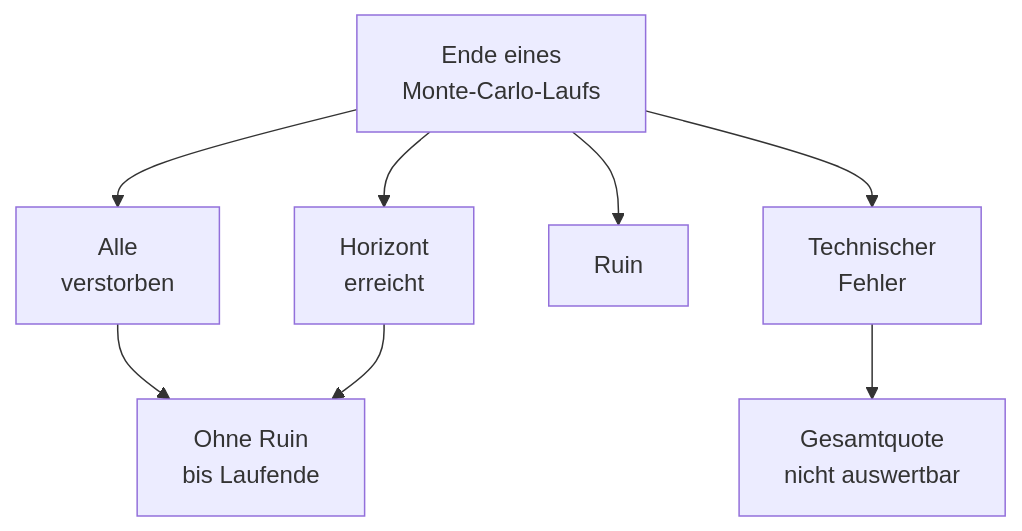
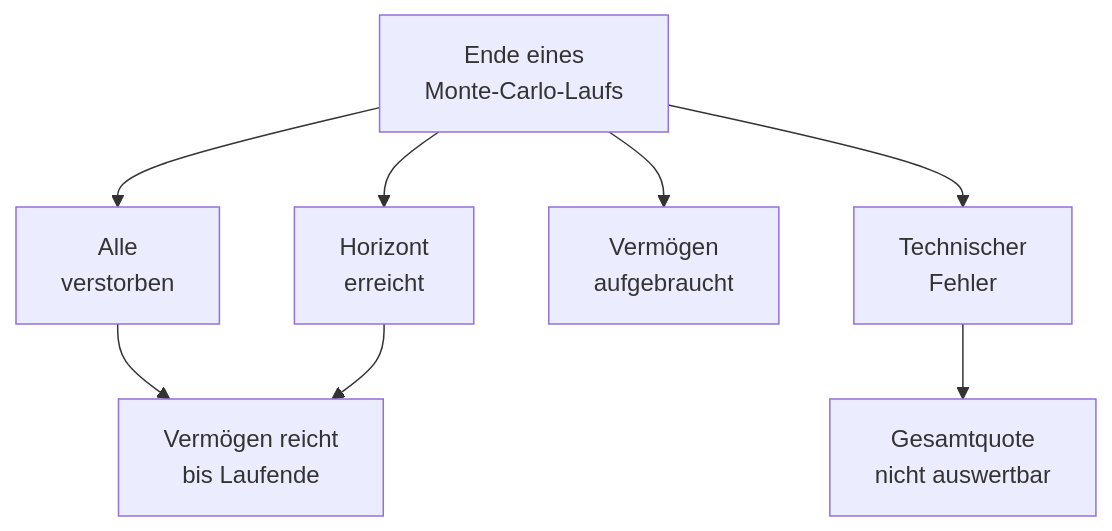
Before and after one commit to dieteresser62-lab/Vermoegen-und-Ruhestand: the diagram in docs/reference/SIMULATION_LESEN.md, drawn with Mermaid. The commit also changed other lines of this file and 1387 other files, not shown here.

````diff
--- a/docs/reference/SIMULATION_LESEN.md
+++ b/docs/reference/SIMULATION_LESEN.md
@@ -41,11 +43,11 @@
 ```mermaid
 flowchart TD
-    %% docs:diagram {"src":"images/simulation-laufende.svg","title":"Was das Laufende bedeutet","alt":"Ein Monte-Carlo-Lauf endet durch Tod aller Personen, Horizont, Ruin oder technischen Fehler. Tod und Horizont zählen ohne vorherigen Ruin als gedeckt bis Laufende. Ein technischer Fehler sperrt die Gesamtquote.","legend":"Tod und Horizont zählen nur ohne vorherigen Ruin als gedeckt."}
+    %% docs:diagram {"src":"images/simulation-laufende.svg","title":"Was das Laufende bedeutet","alt":"Ein Monte-Carlo-Lauf endet durch Tod aller Personen, Horizont, aufgebrauchtes Vermögen oder technischen Fehler. Tod und Horizont zählen als gedeckt bis Laufende, wenn das Vermögen vorher nicht aufgebraucht war. Ein technischer Fehler sperrt die Gesamtquote.","legend":"Tod und Horizont zählen nur als gedeckt, wenn das Vermögen vorher nicht aufgebraucht war."}
     A["Ende eines<br>Monte-Carlo-Laufs"] --> B["Alle<br>verstorben"]
     A --> C["Horizont<br>erreicht"]
-    A --> D["Ruin"]
+    A --> D["Vermögen<br>aufgebraucht"]
     A --> E["Technischer<br>Fehler"]
-    B --> F["Ohne Ruin<br>bis Laufende"]
+    B --> F["Vermögen reicht<br>bis Laufende"]
     C --> F
     E --> G["Gesamtquote<br>nicht auswertbar"]
 ```
````
